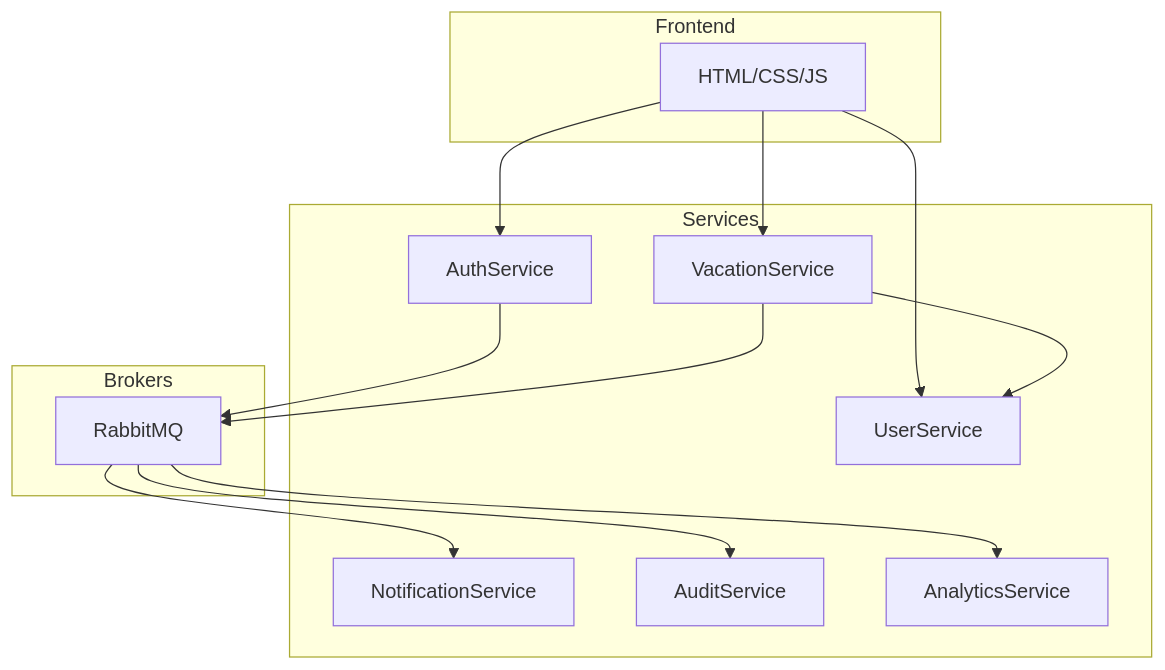
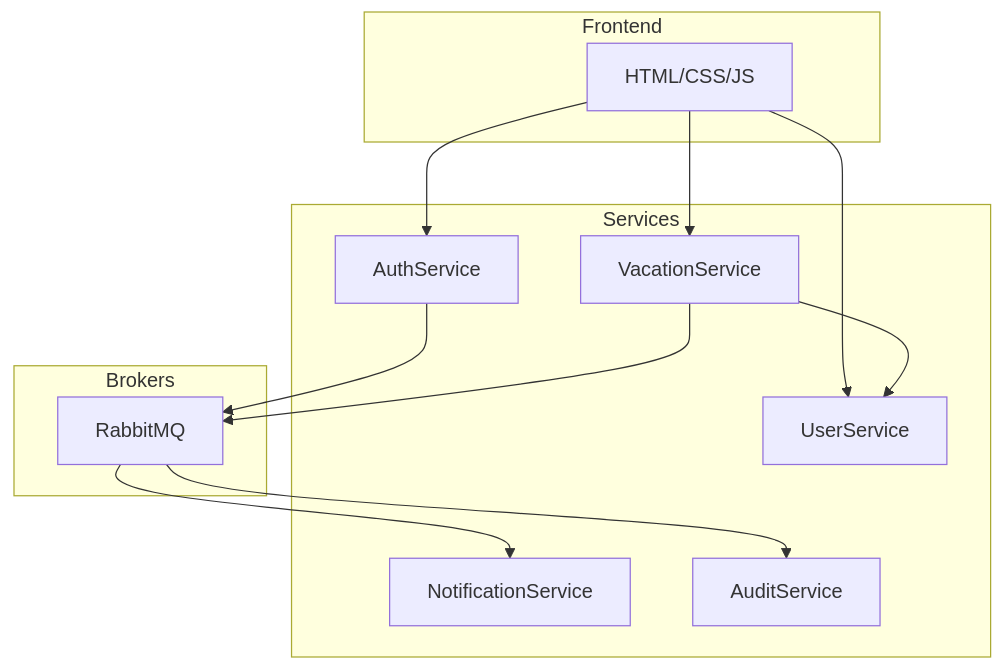
One commit to SimonRoG/Urlaubstool changed the diagram in labs/lab3.md. Above: the diagram before and after it, drawn with Mermaid. The commit also changed other lines of this file, not shown here.

````diff
--- a/labs/lab3.md
+++ b/labs/lab3.md
@@ -56,32 +54,30 @@
 ```mermaid
 graph TD
 
     subgraph Frontend
         WebUI["HTML/CSS/JS"]
     end
 
     subgraph Services
         AuthService["AuthService"]
         UserService["UserService"]
         VacationService["VacationService"]
         NotificationService["NotificationService"]
         AuditService["AuditService"]
-        AnalyticsService["AnalyticsService"]
     end
 
     subgraph Brokers
         MQ["RabbitMQ"]
     end
 
     WebUI --> AuthService
     WebUI --> UserService
     WebUI --> VacationService
 
     AuthService --> MQ
     VacationService --> MQ
     MQ --> NotificationService
     MQ --> AuditService
-    MQ --> AnalyticsService
 
     VacationService --> UserService
 ```
````
